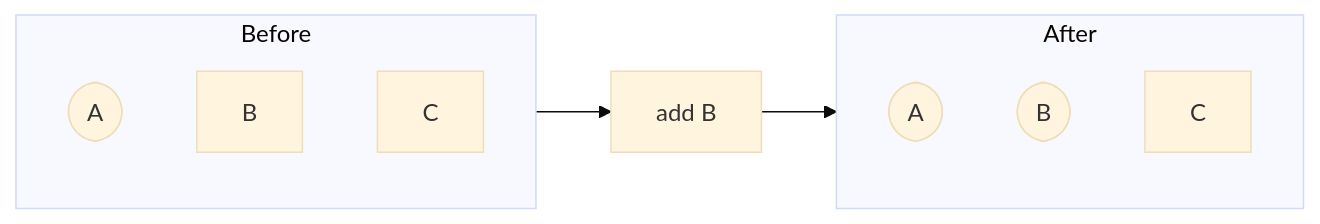
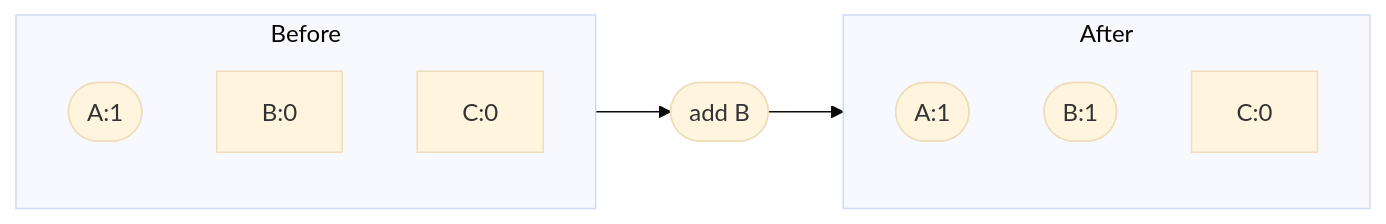
Before and after one commit to pancsta/asyncmachine-go: the third of 12 diagrams in docs/diagrams.md, drawn with Mermaid (base theme). The commit also changed other lines of this file and 18 other files, not shown here.

````diff
--- a/docs/diagrams.md
+++ b/docs/diagrams.md
@@ -89,16 +89,16 @@
 ```mermaid
 flowchart LR
     subgraph ActiveBefore[Before]
-        A1([A])
-        B1[B]
-        C1[C]
+        A1([A:1])
+        B1[B:0]
+        C1[C:0]
     end
-    ActiveMutation[add B]
+    ActiveMutation([add B])
     subgraph ActiveAfter[After]
-        A2([A])
-        B2([B])
-        C2[C]
+        A2([A:1])
+        B2([B:1])
+        C2[C:0]
     end
     ActiveBefore --> ActiveMutation
     ActiveMutation --> ActiveAfter
 ```
````
